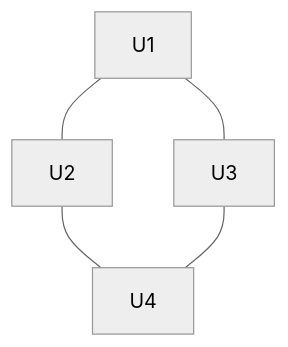
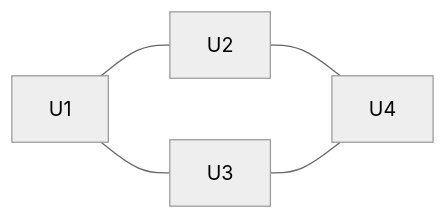
One commit to Masana000/GameShop changed the diagram in docs/E1_GameShop_Documento de Visão.md. Above: the diagram before and after it, drawn with Mermaid (neutral theme).

Commit message:
Change graph direction from TD to LR in documentation

````diff
--- a/docs/E1_GameShop_Documento de Visão.md
+++ b/docs/E1_GameShop_Documento de Visão.md
@@ -88,7 +88,7 @@
 ```mermaid
-graph TD
+graph LR
     U1 --- U2
     U1 --- U3
     U2 --- U4
     U3 --- U4
 ```
````
